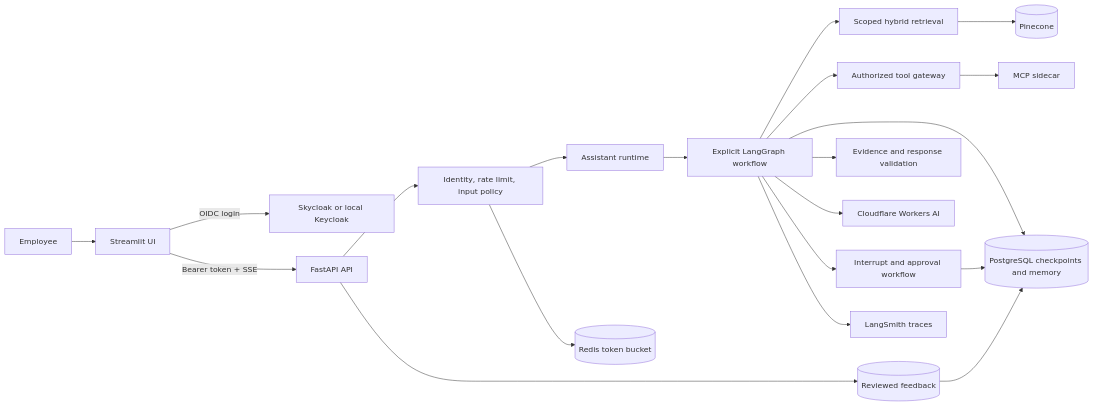
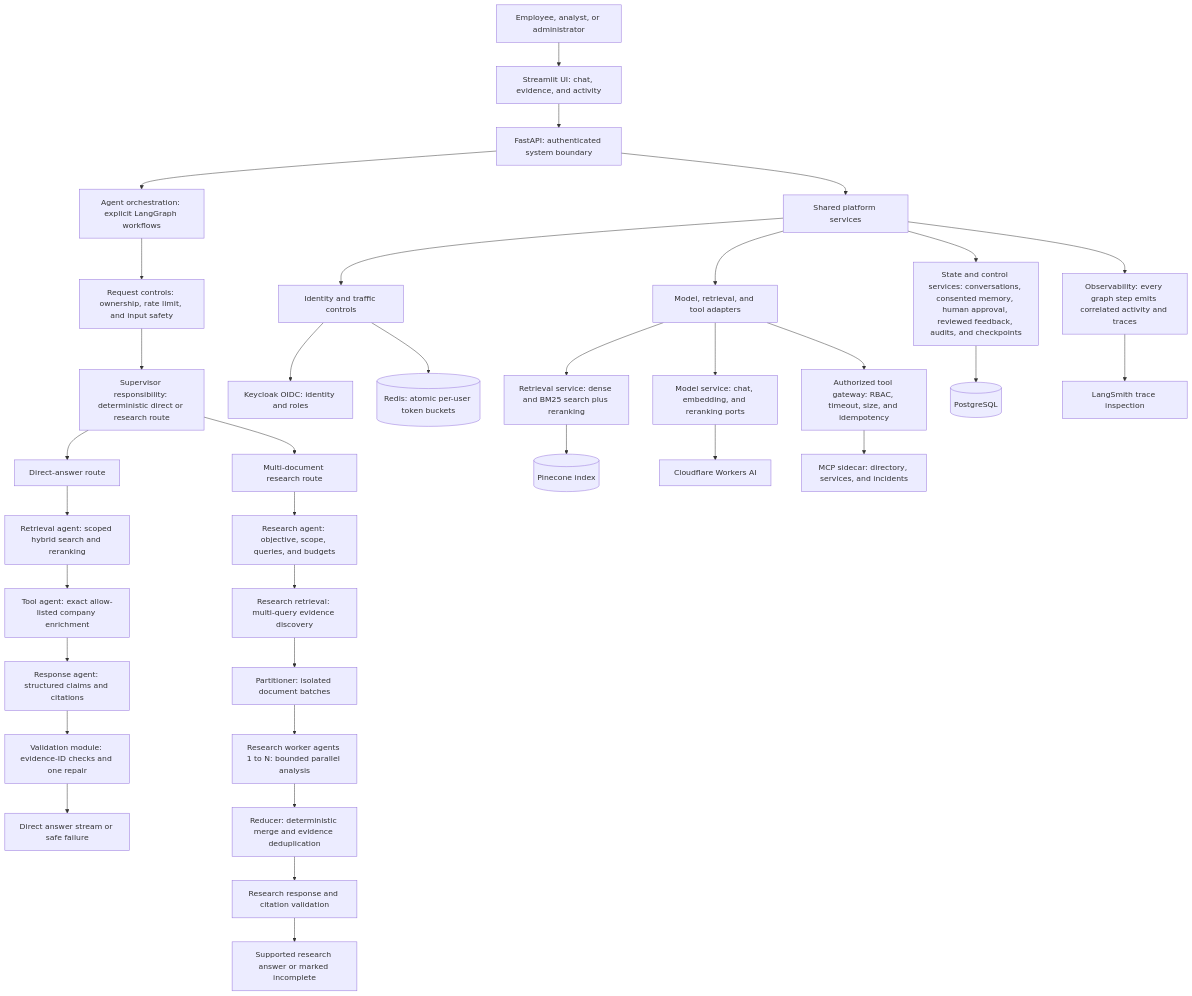
Before and after one commit to yathindrak/orysys: the diagram in docs/architecture-plan.md, drawn with Mermaid. The commit also changed other lines of this file and 4 other files, not shown here.

Commit message:
chore: update docs with diagram

````diff
--- a/docs/architecture-plan.md
+++ b/docs/architecture-plan.md
@@ -72,22 +72,60 @@
 ```mermaid
-flowchart LR
-    User[Employee] --> UI[Streamlit UI]
-    UI -->|OIDC login| Keycloak[Skycloak or local Keycloak]
-    UI -->|Bearer token + SSE| API[FastAPI API]
-    API --> Policy[Identity, rate limit, input policy]
-    Policy --> Runtime[Assistant runtime]
-    Runtime --> Graph[Explicit LangGraph workflow]
-    Graph --> Retrieval[Scoped hybrid retrieval]
-    Graph --> Tools[Authorized tool gateway]
-    Graph --> Approval[Interrupt and approval workflow]
-    Graph --> Validation[Evidence and response validation]
-    Graph --> Cloudflare[Cloudflare Workers AI]
-    Retrieval --> Pinecone[(Pinecone)]
-    Tools --> MCP[MCP sidecar]
-    Graph --> Postgres[(PostgreSQL checkpoints and memory)]
-    API --> Feedback[(Reviewed feedback)]
-    Approval --> Postgres
-    Feedback --> Postgres
-    Policy --> Redis[(Redis token bucket)]
-    Graph --> LangSmith[LangSmith traces]
+flowchart TB
+    User[Employee, analyst, or administrator]
+    UI[Streamlit UI: chat, evidence, and activity]
+    API[FastAPI: authenticated system boundary]
+    Core[Agent orchestration: explicit LangGraph workflows]
+    Guard[Request controls: ownership, rate limit, and input safety]
+    Supervisor[Supervisor responsibility: deterministic direct or research route]
+    DirectRoute[Direct-answer route]
+    ResearchRoute[Multi-document research route]
+
+    DirectRetrieve[Retrieval agent: scoped hybrid search and reranking]
+    ToolAgent[Tool agent: exact allow-listed company enrichment]
+    DirectResponse[Response agent: structured claims and citations]
+    DirectValidation[Validation module: evidence-ID checks and one repair]
+    DirectAnswer[Direct answer stream or safe failure]
+
+    ResearchPlan[Research agent: objective, scope, queries, and budgets]
+    ResearchDiscover[Research retrieval: multi-query evidence discovery]
+    Partition[Partitioner: isolated document batches]
+    Workers[Research worker agents 1 to N: bounded parallel analysis]
+    Reduce[Reducer: deterministic merge and evidence deduplication]
+    ResearchResponse[Research response and citation validation]
+    ResearchAnswer[Supported research answer or marked incomplete]
+
+    Platform[Shared platform services]
+    SecurityServices[Identity and traffic controls]
+    RuntimeServices[Model, retrieval, and tool adapters]
+    Identity[Keycloak OIDC: identity and roles]
+    Redis[(Redis: atomic per-user token buckets)]
+    RetrievalService[Retrieval service: dense and BM25 search plus reranking]
+    Pinecone[(Pinecone index)]
+    ModelPort[Model service: chat, embedding, and reranking ports]
+    Model[Cloudflare Workers AI]
+    ToolGateway[Authorized tool gateway: RBAC, timeout, size, and idempotency]
+    MCP[MCP sidecar: directory, services, and incidents]
+    StateServices[State and control services: conversations, consented memory, human approval, reviewed feedback, audits, and checkpoints]
+    Database[(PostgreSQL)]
+    Telemetry[Observability: every graph step emits correlated activity and traces]
+    LangSmith[LangSmith trace inspection]
+
+    User --> UI --> API
+    API --> Core --> Guard --> Supervisor
+    Supervisor --> DirectRoute --> DirectRetrieve
+    DirectRetrieve --> ToolAgent --> DirectResponse --> DirectValidation --> DirectAnswer
+    Supervisor --> ResearchRoute --> ResearchPlan
+    ResearchPlan --> ResearchDiscover --> Partition --> Workers --> Reduce --> ResearchResponse
+    ResearchResponse --> ResearchAnswer
+
+    API --> Platform
+    Platform --> SecurityServices
+    SecurityServices --> Identity
+    SecurityServices --> Redis
+    Platform --> RuntimeServices
+    RuntimeServices --> RetrievalService --> Pinecone
+    RuntimeServices --> ModelPort --> Model
+    RuntimeServices --> ToolGateway --> MCP
+    Platform --> StateServices --> Database
+    Platform --> Telemetry --> LangSmith
 ```
````
